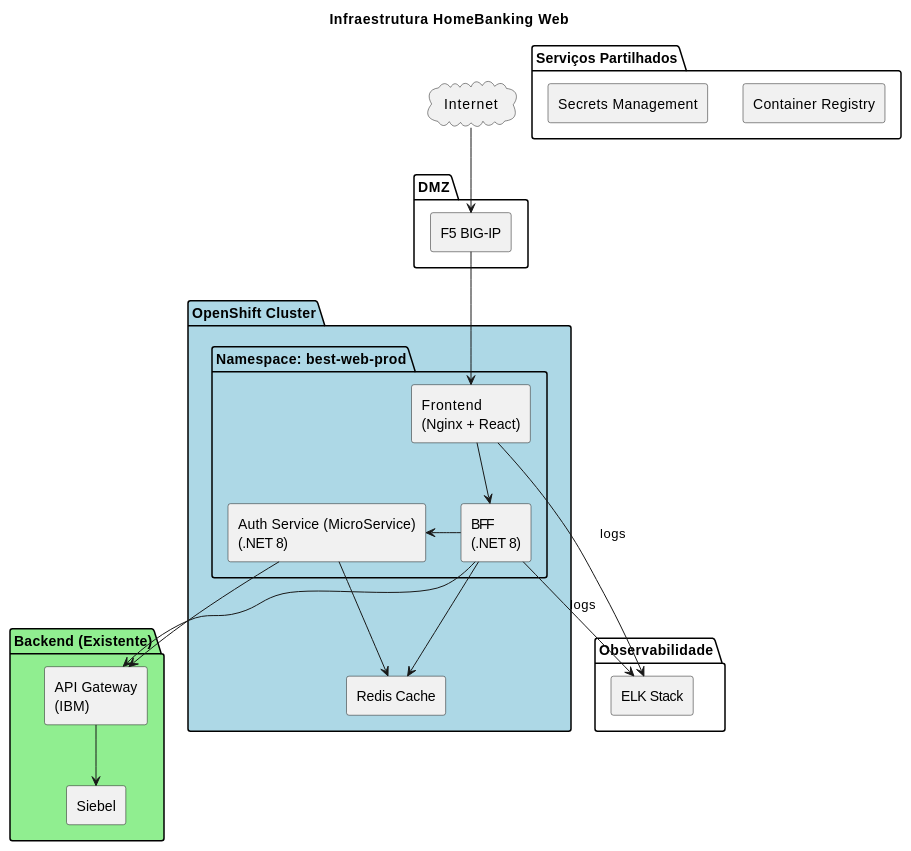
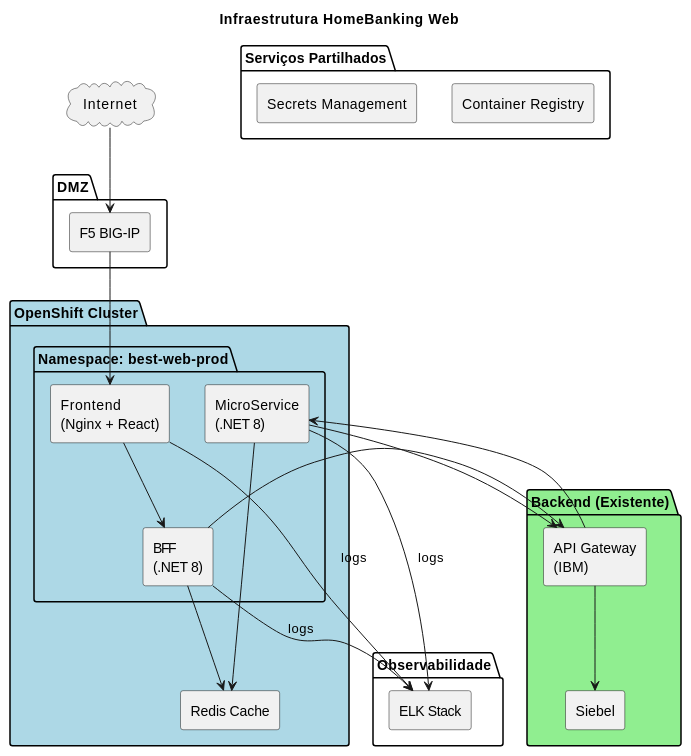
The diagram in project/sections/SEC-10-arquitetura-operacional.md (beduardo/novobanco_website_doc), drawn with PlantUML before and after one commit. The commit also changed other lines of this file and 10 other files, not shown here.

````diff
--- a/project/sections/SEC-10-arquitetura-operacional.md
+++ b/project/sections/SEC-10-arquitetura-operacional.md
@@ -34,51 +35,52 @@
 ```plantuml
 @startuml
 skinparam componentStyle rectangle
 skinparam backgroundColor white
 
 title Infraestrutura HomeBanking Web
 
 cloud "Internet" as NET
 
 package "DMZ" {
   [F5 BIG-IP] as LB
 }
 
 package "OpenShift Cluster" #LightBlue {
   package "Namespace: best-web-prod" {
     [Frontend\n(Nginx + React)] as FE
     [BFF\n(.NET 8)] as BFF
-    [Auth Service (MicroService)\n(.NET 8)] as AuthService
+    [MicroService\n(.NET 8)] as MS
   }
 
   [Redis Cache] as REDIS
 }
 
 package "Serviços Partilhados" {
   [Container Registry] as REG
   [Secrets Management] as SEC
 }
 
 package "Observabilidade" {
   [ELK Stack] as ELK
 }
 
 package "Backend (Existente)" #LightGreen {
   [API Gateway\n(IBM)] as GW
   [Siebel] as API
 }
 
 NET --> LB
 LB --> FE
 FE --> BFF
 BFF --> REDIS
-AuthService --> REDIS
-BFF -> AuthService
+MS --> REDIS
 BFF --> GW
-AuthService --> GW
+GW --> MS
 GW --> API
+MS --> GW
 FE --> ELK : logs
 BFF --> ELK : logs
+MS --> ELK : logs
 
 @enduml
 ```
````
